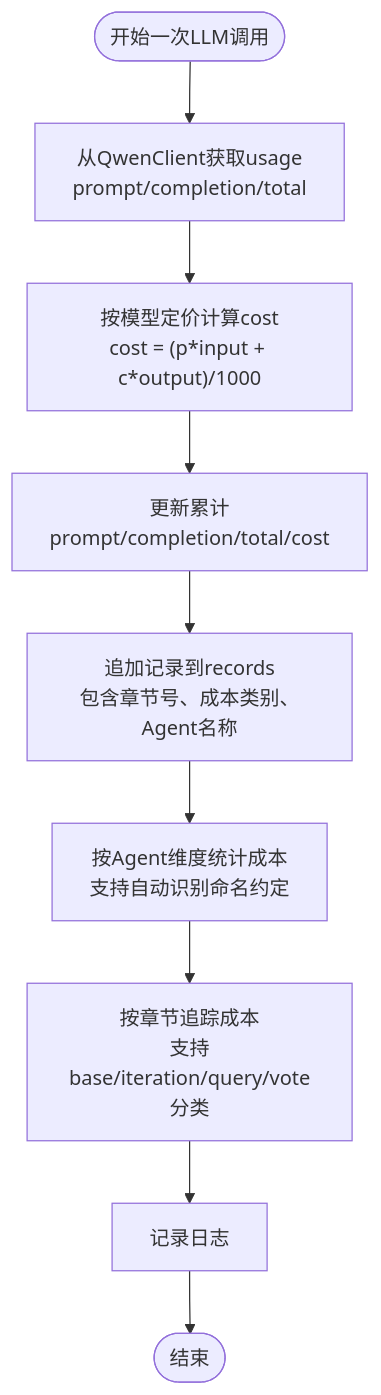
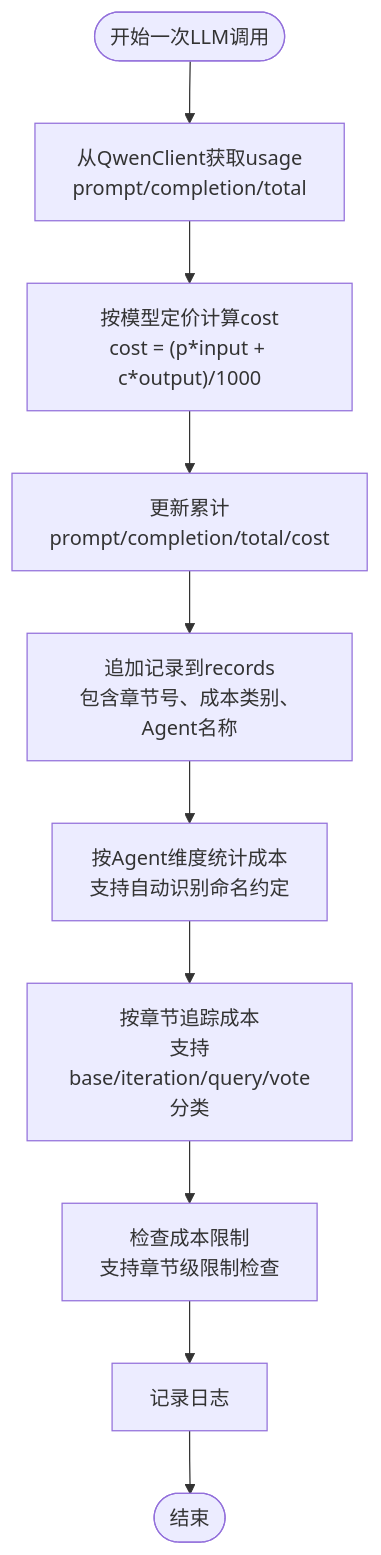
The third of 8 diagrams in .qoder/repowiki/zh/content/LLM集成架构/成本追踪系统.md (xfbyxq/ai-novel-system), drawn with Mermaid before and after one commit. The commit also changed other lines of this file and 3 other files, not shown here.

````diff
--- a/.qoder/repowiki/zh/content/LLM集成架构/成本追踪系统.md
+++ b/.qoder/repowiki/zh/content/LLM集成架构/成本追踪系统.md
@@ -210,11 +213,12 @@
 ```mermaid
 flowchart TD
 Start(["开始一次LLM调用"]) --> GetUsage["从QwenClient获取usage<br/>prompt/completion/total"]
 GetUsage --> CalcCost["按模型定价计算cost<br/>cost = (p*input + c*output)/1000"]
 CalcCost --> UpdateStats["更新累计prompt/completion/total/cost"]
 UpdateStats --> AppendRecord["追加记录到records<br/>包含章节号、成本类别、Agent名称"]
 AppendRecord --> AgentTracking["按Agent维度统计成本<br/>支持自动识别命名约定"]
 AgentTracking --> ChapterTracking["按章节追踪成本<br/>支持base/iteration/query/vote分类"]
-ChapterTracking --> LogInfo["记录日志"]
+ChapterTracking --> LimitCheck["检查成本限制<br/>支持章节级限制检查"]
+LimitCheck --> LogInfo["记录日志"]
 LogInfo --> End(["结束"])
 ```
````
